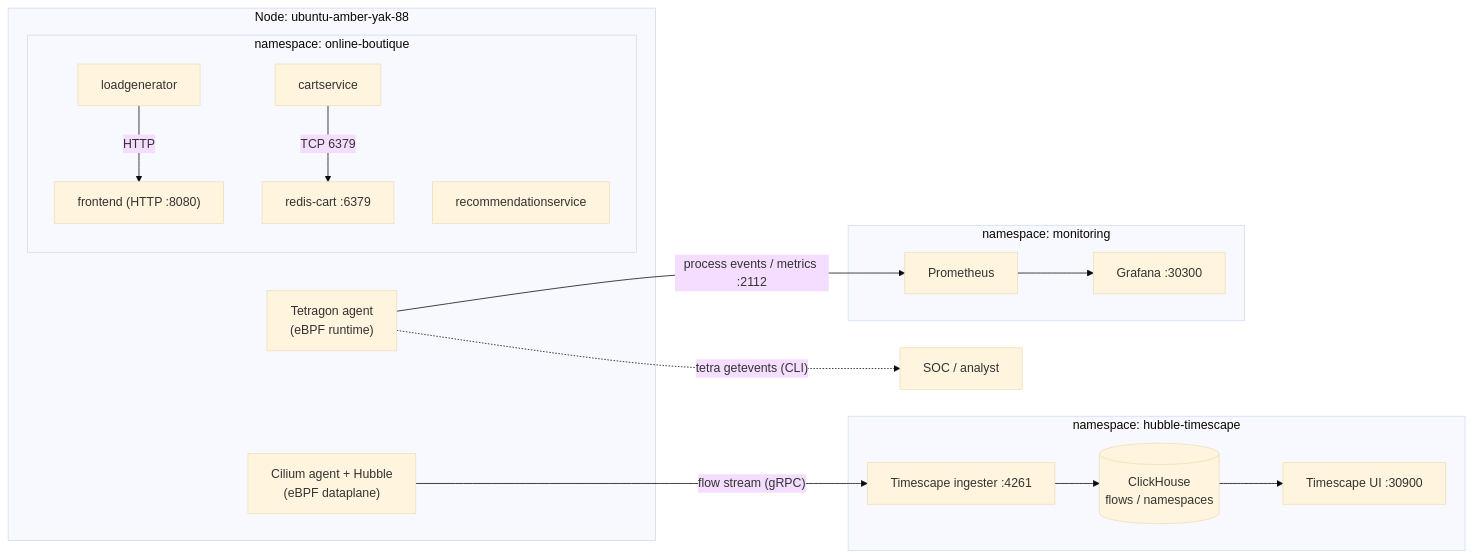
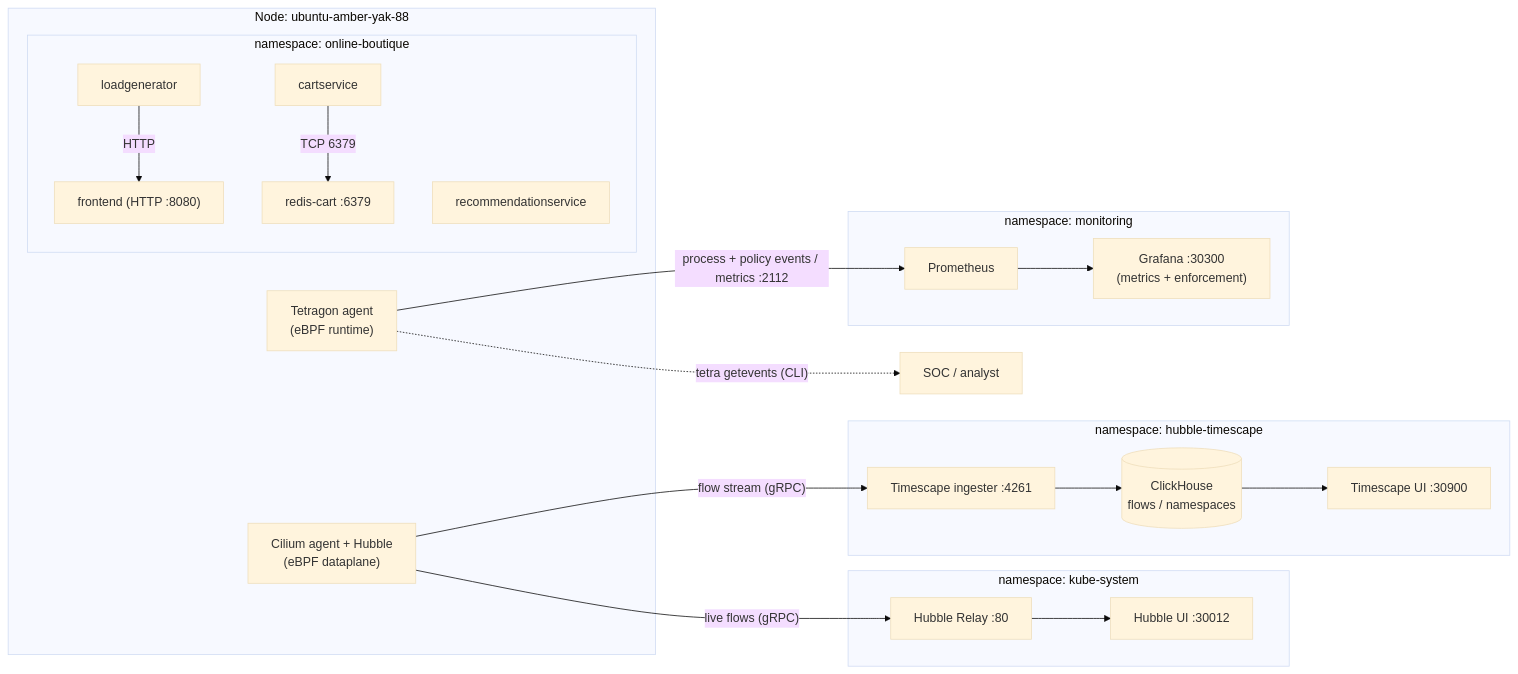
The first of 2 diagrams in DEMO.md (thiachan/isovalent-enterprise-ubuntu), drawn with Mermaid (base theme) before and after one commit. The commit also changed other lines of this file and 5 other files, not shown here.

Commit message:
docs: add Hubble UI (30012) + Grafana enforcement panels, 1h run sheet; redact creds

````diff
--- a/DEMO.md
+++ b/DEMO.md
@@ -32,31 +101,37 @@
 ```mermaid
 flowchart LR
   subgraph Node["Node: ubuntu-amber-yak-88"]
     subgraph OB["namespace: online-boutique"]
       FE["frontend (HTTP :8080)"]
       CART["cartservice"]
       REDIS["redis-cart :6379"]
       REC["recommendationservice"]
       LG["loadgenerator"]
     end
     CIL["Cilium agent + Hubble\n(eBPF dataplane)"]
     TG["Tetragon agent\n(eBPF runtime)"]
   end
 
+  subgraph HB["namespace: kube-system"]
+    RELAY["Hubble Relay :80"]
+    HUI["Hubble UI :30012"]
+  end
+
   subgraph TS["namespace: hubble-timescape"]
     ING["Timescape ingester :4261"]
     CH[("ClickHouse\nflows / namespaces")]
     TSUI["Timescape UI :30900"]
   end
 
   subgraph MON["namespace: monitoring"]
     PROM["Prometheus"]
-    GRAF["Grafana :30300"]
+    GRAF["Grafana :30300\n(metrics + enforcement)"]
   end
 
   LG -->|HTTP| FE
   CART -->|TCP 6379| REDIS
+  CIL -->|"live flows (gRPC)"| RELAY --> HUI
   CIL -->|"flow stream (gRPC)"| ING --> CH --> TSUI
-  TG -->|"process events / metrics :2112"| PROM --> GRAF
+  TG -->|"process + policy events / metrics :2112"| PROM --> GRAF
   TG -.->|"tetra getevents (CLI)"| Operator["SOC / analyst"]
 ```
````
